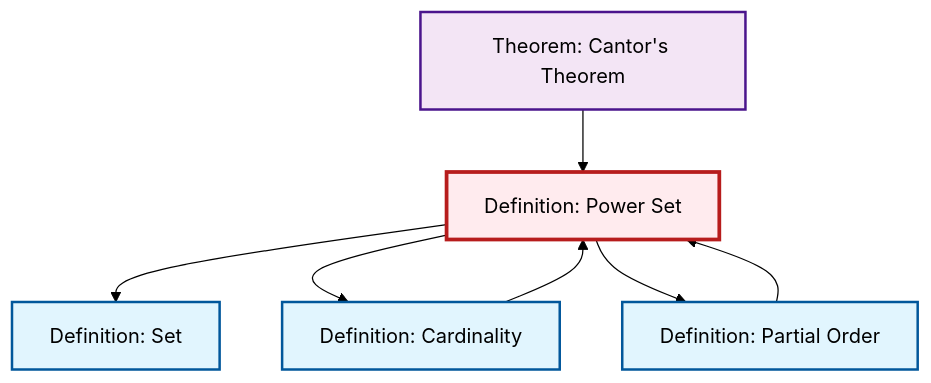
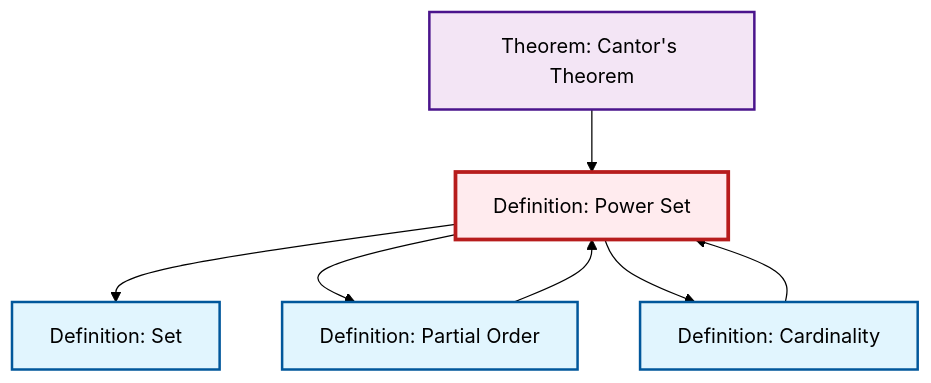
The second of 2 diagrams in content/ja/logic-set-theory/def-power-set.qmd (RK0429/ModernMath), drawn with Mermaid (forest theme) before and after one commit. The commit also changed other lines of this file and 654 other files, not shown here.

````diff
--- a/content/ja/logic-set-theory/def-power-set.qmd
+++ b/content/ja/logic-set-theory/def-power-set.qmd
@@ -70,25 +70,25 @@
 ```{mermaid}
 %%| fig-cap: "Local dependency graph"
 graph TD
     classDef definition fill:#e1f5fe,stroke:#01579b,stroke-width:2px
     classDef theorem fill:#f3e5f5,stroke:#4a148c,stroke-width:2px
     classDef axiom fill:#fff3e0,stroke:#e65100,stroke-width:2px
     classDef example fill:#e8f5e9,stroke:#1b5e20,stroke-width:2px
     classDef current fill:#ffebee,stroke:#b71c1c,stroke-width:3px
+    def-set["Definition: Set"]:::definition
     def-power-set["Definition: Power Set"]:::definition
+    def-cardinality["Definition: Cardinality"]:::definition
     thm-cantor["Theorem: Cantor's Theorem"]:::theorem
     def-partial-order["Definition: Partial Order"]:::definition
-    def-set["Definition: Set"]:::definition
-    def-cardinality["Definition: Cardinality"]:::definition
+    def-cardinality --> def-power-set
     def-partial-order --> def-power-set
     def-power-set --> def-set
+    def-power-set --> def-partial-order
+    def-power-set --> def-cardinality
     thm-cantor --> def-power-set
-    def-cardinality --> def-power-set
-    def-power-set --> def-cardinality
-    def-power-set --> def-partial-order
     class def-power-set current
+    click def-set "def-set.html" "Definition: Setへ"
+    click def-cardinality "def-cardinality.html" "Definition: Cardinalityへ"
     click thm-cantor "thm-cantor.html" "Theorem: Cantor's Theoremへ"
     click def-partial-order "def-partial-order.html" "Definition: Partial Orderへ"
-    click def-set "def-set.html" "Definition: Setへ"
-    click def-cardinality "def-cardinality.html" "Definition: Cardinalityへ"
 ```
````
